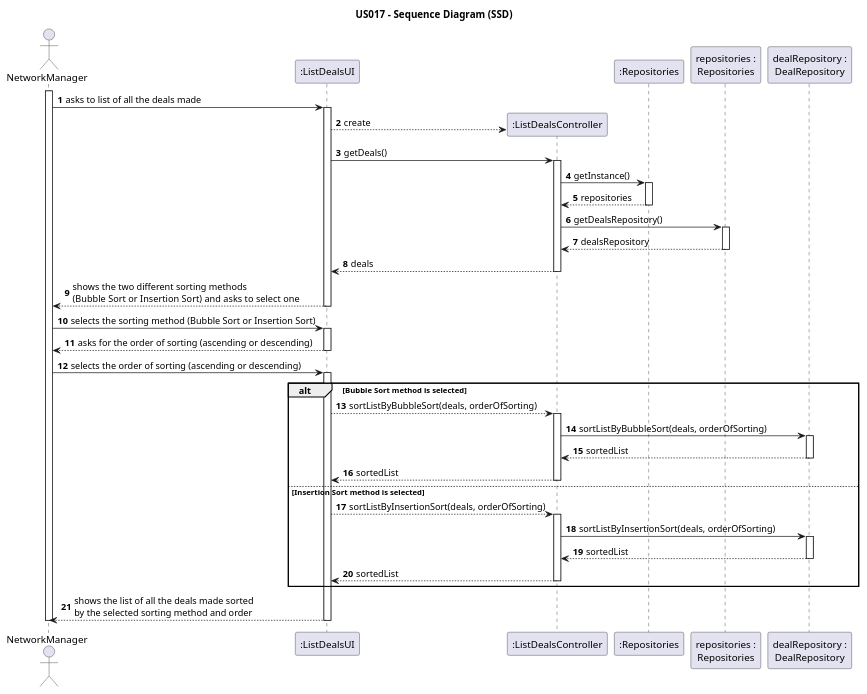
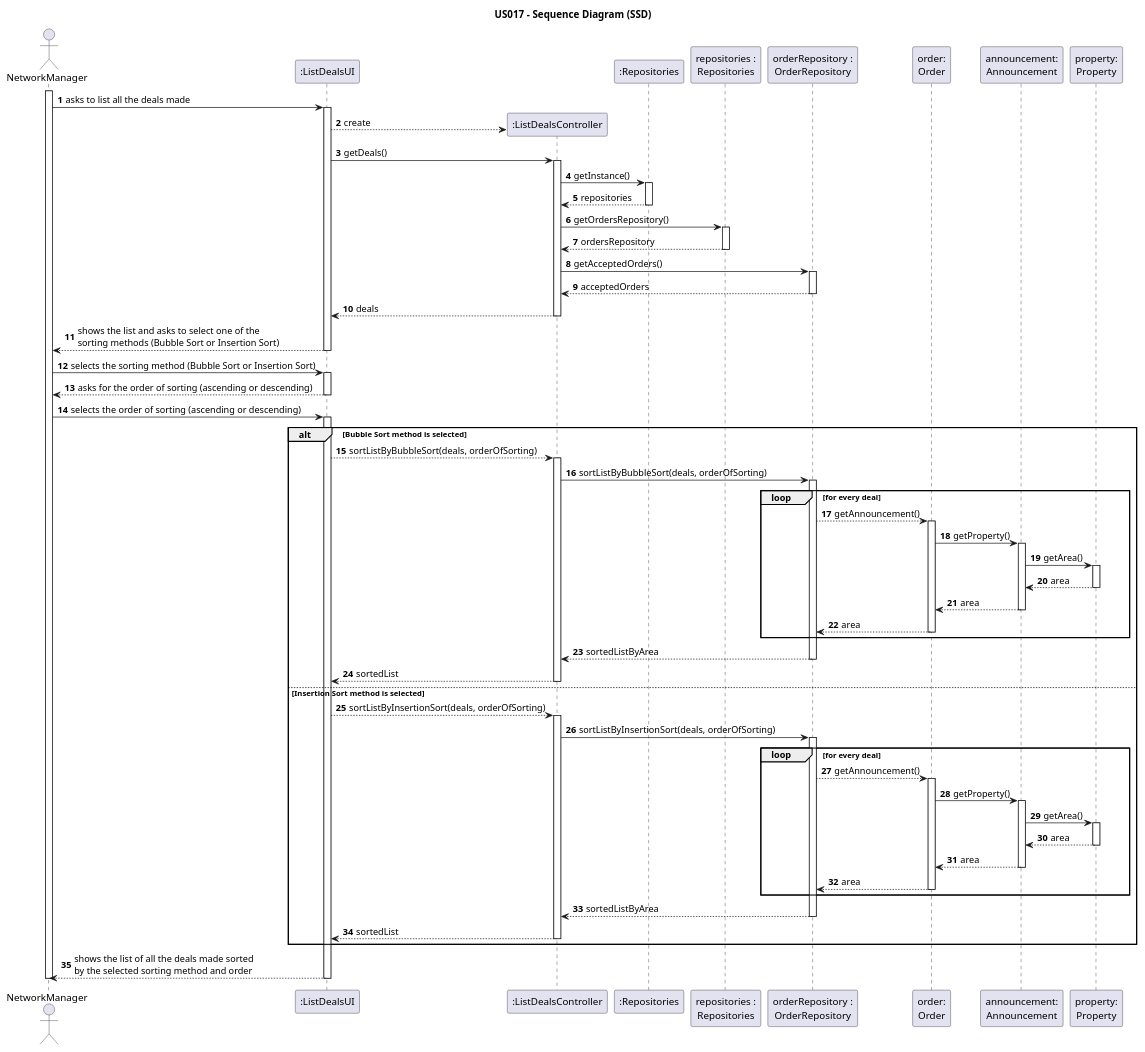
The diagram in docs/sprintD/us017/03.design/puml/us017-sequence-diagram-full.puml (1220812/LAPR2), drawn with PlantUML before and after one commit. The commit also changed 12 other files, not shown here.

```diff
--- a/docs/sprintD/us017/03.design/puml/us017-sequence-diagram-full.puml
+++ b/docs/sprintD/us017/03.design/puml/us017-sequence-diagram-full.puml
@@ -1,104 +1,171 @@
 @startuml
 autonumber
 
 title US017 - Sequence Diagram (SSD)
 
 actor "NetworkManager" as NM
 participant ":ListDealsUI" as UI
 participant ":ListDealsController" as Controller
 
 participant ":Repositories" as PLAT
 participant "repositories :\nRepositories" as REP
-participant "dealRepository :\nDealRepository" as DR
+participant "orderRepository :\nOrderRepository" as OR
+participant "order:\nOrder" as order
+participant "announcement:\nAnnouncement" as announcement
+participant "property:\nProperty" as property
 
 activate NM
 
-    NM -> UI : asks to list of all the deals made
+    NM -> UI : asks to list all the deals made
 
     activate UI
 
     UI --> Controller** : create
 
     UI -> Controller : getDeals()
 
     activate Controller
 
     Controller -> PLAT : getInstance()
 
     activate PLAT
 
     PLAT --> Controller : repositories
 
     deactivate PLAT
 
-    Controller -> REP : getDealsRepository()
+    Controller -> REP : getOrdersRepository()
 
     activate REP
 
-    REP --> Controller : dealsRepository
+    REP --> Controller : ordersRepository
 
     deactivate REP
+
+    Controller -> OR : getAcceptedOrders()
+
+    activate OR
+
+    OR --> Controller : acceptedOrders
+
+    deactivate OR
 
     Controller --> UI : deals
 
     deactivate Controller
 
-        UI --> NM : shows the two different sorting methods \n(Bubble Sort or Insertion Sort) and asks to select  one
+        UI --> NM : shows the list and asks to select one of the \nsorting methods (Bubble Sort or Insertion Sort)
 
     deactivate UI
 
     NM -> UI : selects the sorting method (Bubble Sort or Insertion Sort)
 
     activate UI
 
     UI --> NM : asks for the order of sorting (ascending or descending)
 
     deactivate UI
 
     NM -> UI : selects the order of sorting (ascending or descending)
      alt Bubble Sort method is selected
 
         activate UI
 
         UI --> Controller : sortListByBubbleSort(deals, orderOfSorting)
 
         activate Controller
 
-        Controller -> DR : sortListByBubbleSort(deals, orderOfSorting)
+        Controller -> OR : sortListByBubbleSort(deals, orderOfSorting)
 
-        activate DR
+        activate OR
 
-        DR --> Controller : sortedList
+        loop for every deal
 
-        deactivate DR
+        OR --> order : getAnnouncement()
+
+        activate order
+
+        order -> announcement : getProperty()
+
+        activate announcement
+
+        announcement -> property : getArea()
+
+        activate property
+
+        property --> announcement : area
+
+        deactivate property
+
+        announcement --> order : area
+
+        deactivate announcement
+
+        order --> OR : area
+
+        deactivate order
+
+        end
+
+        OR --> Controller : sortedListByArea
+
+        deactivate OR
 
         Controller --> UI : sortedList
 
         deactivate Controller
 
      else Insertion Sort method is selected
 
              UI --> Controller : sortListByInsertionSort(deals, orderOfSorting)
 
              activate Controller
 
-             Controller -> DR : sortListByInsertionSort(deals, orderOfSorting)
+             Controller -> OR : sortListByInsertionSort(deals, orderOfSorting)
 
-             activate DR
+             activate OR
 
-             DR --> Controller : sortedList
+             loop for every deal
 
-             deactivate DR
+                     OR --> order : getAnnouncement()
+
+                     activate order
+
+                     order -> announcement : getProperty()
+
+                     activate announcement
+
+                     announcement -> property : getArea()
+
+                     activate property
+
+                     property --> announcement : area
+
+                     deactivate property
+
+                     announcement --> order : area
+
+                     deactivate announcement
+
+                     order --> OR : area
+
+                     deactivate order
+
+                     end
+
+             OR --> Controller : sortedListByArea
+
+             deactivate OR
 
              Controller --> UI : sortedList
 
              deactivate Controller
      end
 
     UI --> NM : shows the list of all the deals made sorted \nby the selected sorting method and order
 
     deactivate UI
 
 deactivate NM
 
 @enduml
```
